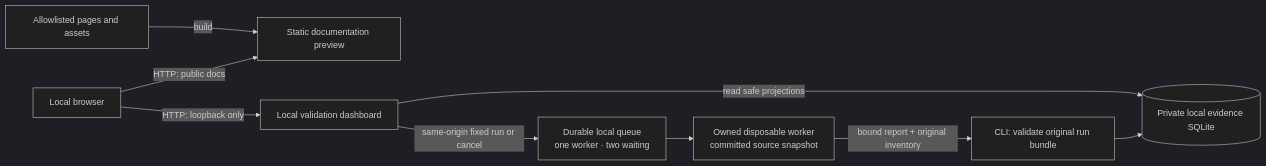
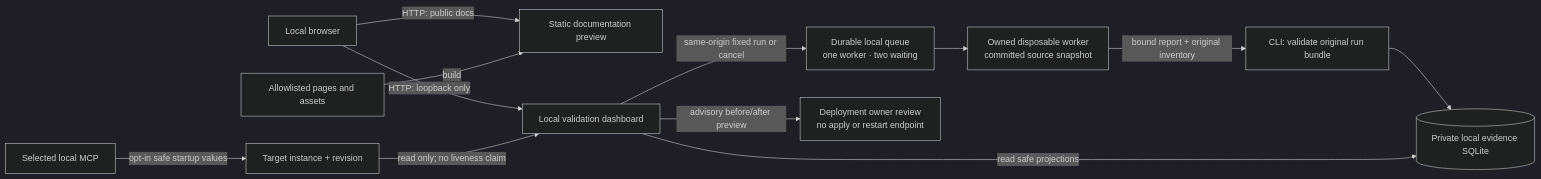
The first of 5 diagrams in docs/deployment.md (CBIIT/nci-si-mcp), drawn with Mermaid (dark theme) before and after one commit. The commit also changed other lines of this file and 17 other files, not shown here.

````diff
--- a/docs/deployment.md
+++ b/docs/deployment.md
@@ -18,11 +18,14 @@
 ```mermaid
 flowchart LR
     Reader["Local browser"] -->|"HTTP: public docs"| Static["Static documentation preview"]
     Reader -->|"HTTP: loopback only"| Portal["Local validation dashboard"]
     Pages["Allowlisted pages and assets"] -->|"build"| Static
     Import["CLI: validate original run bundle"] --> Store[("Private local evidence SQLite")]
     Portal -->|"read safe projections"| Store
     Portal -->|"same-origin fixed run or cancel"| Queue["Durable local queue<br/>one worker · two waiting"]
     Queue --> Worker["Owned disposable worker<br/>committed source snapshot"]
     Worker -->|"bound report + original inventory"| Import
+    Target["Selected local MCP"] -->|"opt-in safe startup values"| Snapshot["Target instance + revision"]
+    Snapshot -->|"read only; no liveness claim"| Portal
+    Portal -->|"advisory before/after preview"| Proposal["Deployment owner review<br/>no apply or restart endpoint"]
 ```
````
